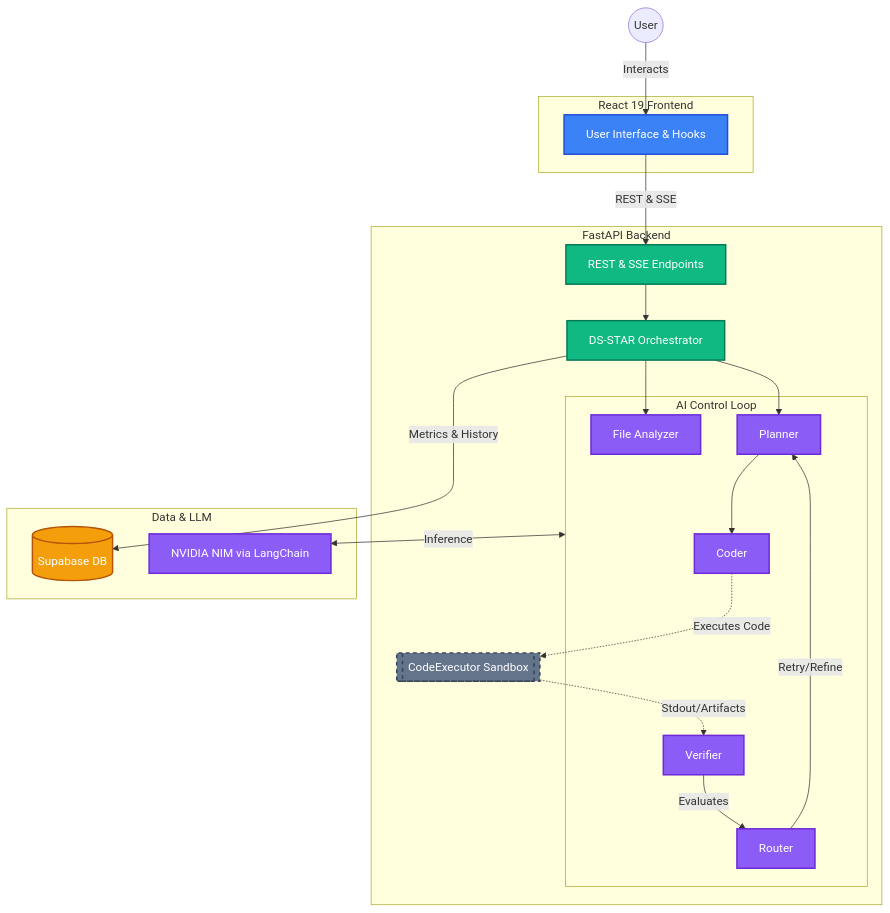
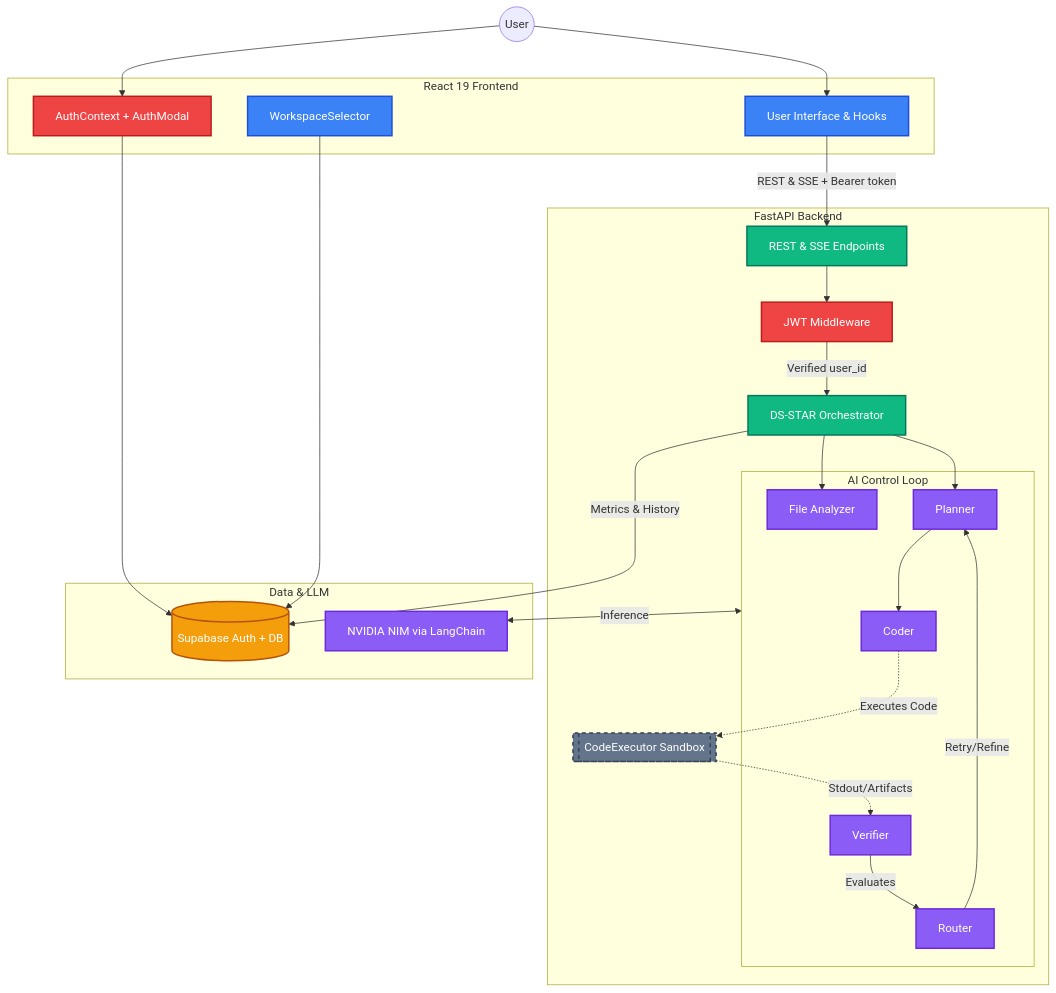
Before and after one commit to 01Vishwa/LoopMind: the diagram in README.md, drawn with Mermaid. The commit also changed other lines of this file and 50 other files, not shown here.

Commit message:
implement DS-STAR agent framework and full-stack backend service architecture with file management and authentication support

````diff
--- a/README.md
+++ b/README.md
@@ -29,49 +37,55 @@
 ```mermaid
 flowchart TD
     classDef frontend fill:#3b82f6,stroke:#1d4ed8,stroke-width:2px,color:#fff
     classDef backend fill:#10b981,stroke:#047857,stroke-width:2px,color:#fff
     classDef ai_layer fill:#8b5cf6,stroke:#6d28d9,stroke-width:2px,color:#fff
     classDef storage fill:#f59e0b,stroke:#b45309,stroke-width:2px,color:#fff
     classDef sandbox fill:#64748b,stroke:#334155,stroke-width:2px,stroke-dasharray: 5 5,color:#fff
+    classDef auth fill:#ef4444,stroke:#b91c1c,stroke-width:2px,color:#fff
 
     User((User))
-    
+
     subgraph Frontend [React 19 Frontend]
         UI[User Interface & Hooks]:::frontend
+        Auth[AuthContext + AuthModal]:::auth
+        WS[WorkspaceSelector]:::frontend
     end
-    
+
     subgraph Backend_FastAPI [FastAPI Backend]
+        JWT[JWT Middleware]:::auth
         REST_API[REST & SSE Endpoints]:::backend
         Orchestrator[DS-STAR Orchestrator]:::backend
-        
+
         subgraph Agent_Loop [AI Control Loop]
             FileAnalyzer[File Analyzer]:::ai_layer
             Planner[Planner]:::ai_layer
             Coder[Coder]:::ai_layer
             Verifier[Verifier]:::ai_layer
             Router[Router]:::ai_layer
         end
 
         Sandbox[[CodeExecutor Sandbox]]:::sandbox
     end
-    
+
     subgraph Infrastructure [Data & LLM]
-        Supabase[(Supabase DB)]:::storage
+        Supabase[(Supabase Auth + DB)]:::storage
         LLM[NVIDIA NIM via LangChain]:::ai_layer
     end
 
-    User -->|Interacts| UI
-    UI -->|REST & SSE| REST_API
-    REST_API --> Orchestrator
-    
+    User --> Auth
+    Auth --> Supabase
+    User --> UI
+    UI -->|REST & SSE + Bearer token| REST_API
+    REST_API --> JWT
+    JWT -->|Verified user_id| Orchestrator
     Orchestrator --> FileAnalyzer
     Orchestrator --> Planner
     Planner --> Coder
     Coder -.->|Executes Code| Sandbox
     Sandbox -.->|Stdout/Artifacts| Verifier
     Verifier -->|Evaluates| Router
     Router -->|Retry/Refine| Planner
-    
     Agent_Loop <-->|Inference| LLM
     Orchestrator -->|Metrics & History| Supabase
+    WS --> Supabase
 ```
````
